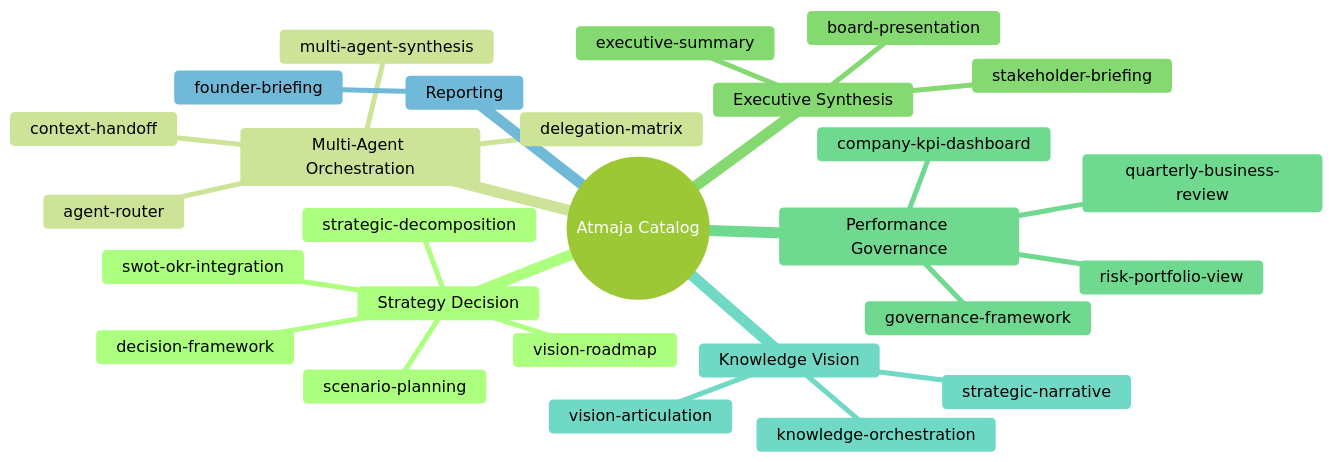
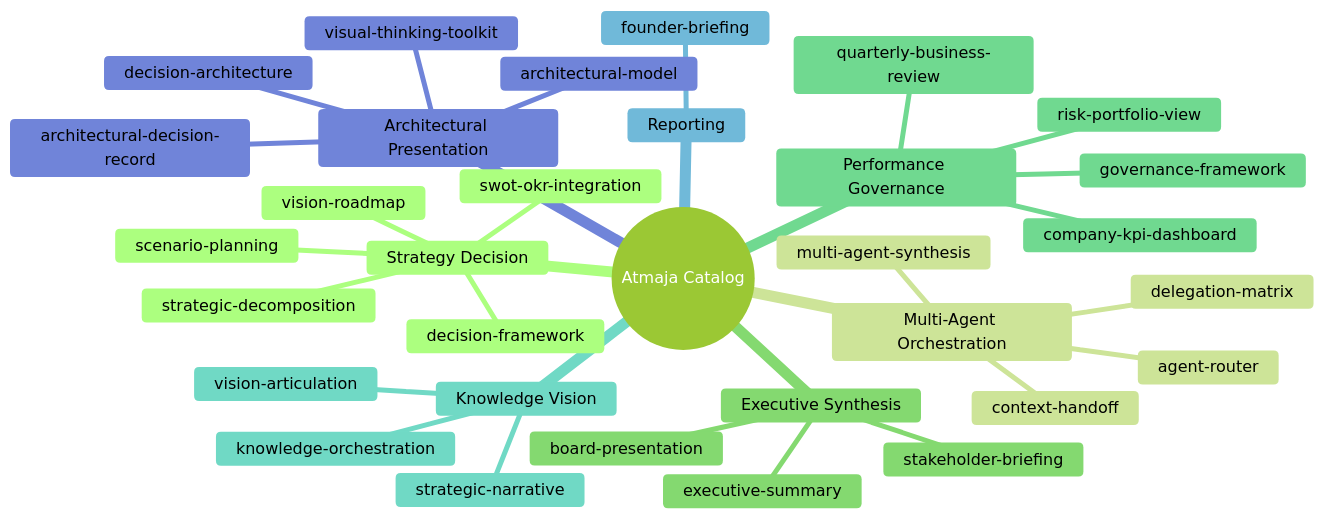
Before and after one commit to MahewAi/Mahew: the diagram in librechat-deploy/skills/atmaja/README.md, drawn with Mermaid (forest theme). The commit also changed other lines of this file and 4 other files, not shown here.

First line of the commit message:
feat(skills/atmaja): sharpen architectural presentation 4 new skills

````diff
--- a/librechat-deploy/skills/atmaja/README.md
+++ b/librechat-deploy/skills/atmaja/README.md
@@ -79,30 +88,35 @@
 ```mermaid
 mindmap
   root((Atmaja Catalog))
     Strategy Decision
       strategic-decomposition
       decision-framework
       swot-okr-integration
       vision-roadmap
       scenario-planning
     Multi-Agent Orchestration
       agent-router
       multi-agent-synthesis
       delegation-matrix
       context-handoff
     Executive Synthesis
       executive-summary
       board-presentation
       stakeholder-briefing
     Performance Governance
       company-kpi-dashboard
       quarterly-business-review
       governance-framework
       risk-portfolio-view
     Knowledge Vision
       knowledge-orchestration
       vision-articulation
       strategic-narrative
     Reporting
       founder-briefing
+    Architectural Presentation
+      architectural-model
+      architectural-decision-record
+      decision-architecture
+      visual-thinking-toolkit
 ```
````
